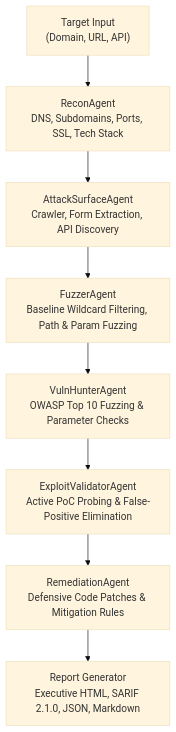
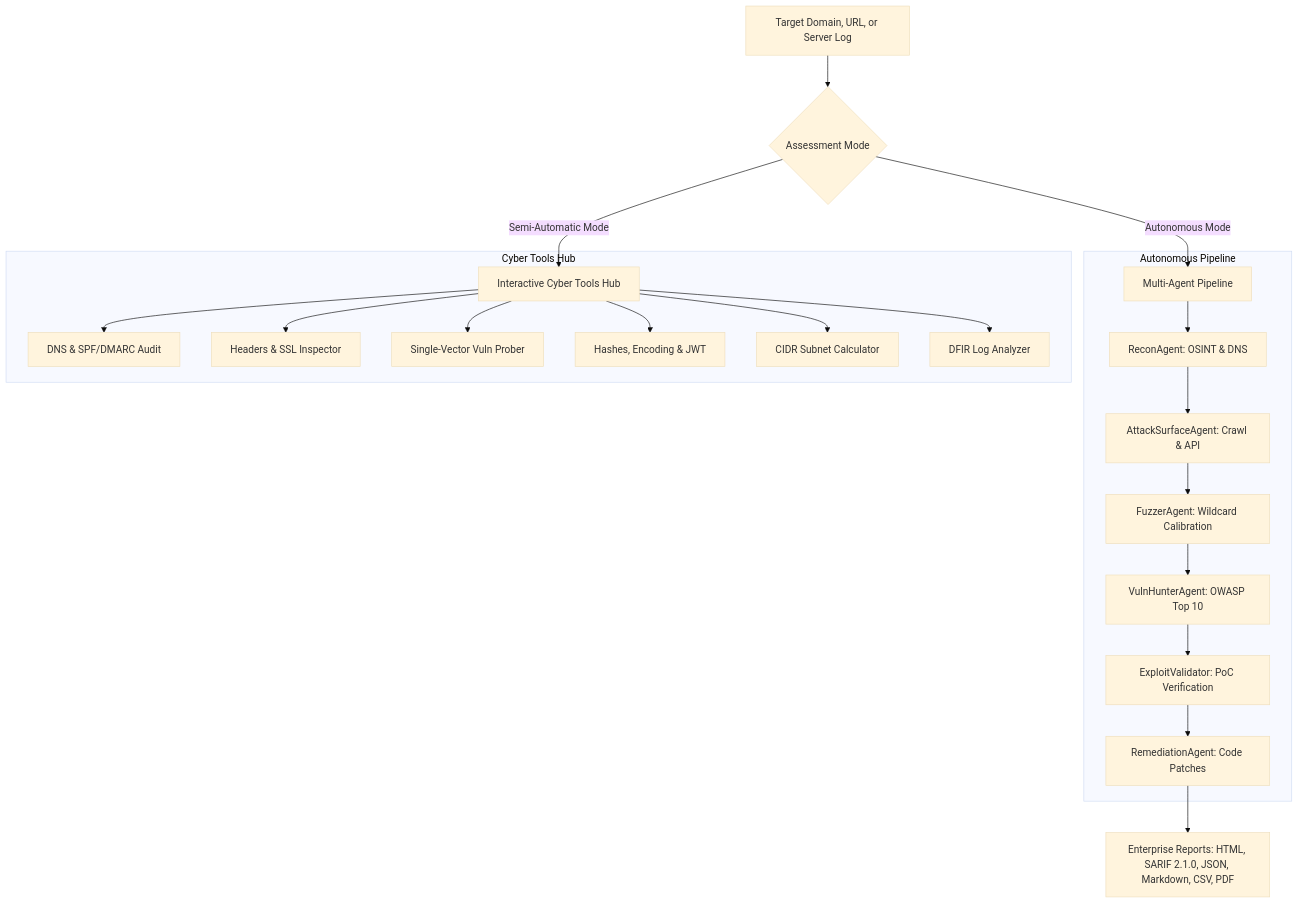
One commit to 545e/SWA changed the diagram in README.md. Above: the diagram before and after it, drawn with Mermaid (base theme). The commit also changed other lines of this file and 17 other files, not shown here.

Commit message:
feat(cyber-suite): add semi-automatic cyber tools hub, fix execution bottlenecks, add installers and update docs

````diff
--- a/README.md
+++ b/README.md
@@ -46,10 +59,26 @@
 ```mermaid
 flowchart TD
-    A["Target Input\n(Domain, URL, API)"] --> B["ReconAgent\nDNS, Subdomains, Ports, SSL, Tech Stack"]
-    B --> C["AttackSurfaceAgent\nCrawler, Form Extraction, API Discovery"]
-    C --> D["FuzzerAgent\nBaseline Wildcard Filtering, Path & Param Fuzzing"]
-    D --> E["VulnHunterAgent\nOWASP Top 10 Fuzzing & Parameter Checks"]
-    E --> F["ExploitValidatorAgent\nActive PoC Probing & False-Positive Elimination"]
-    F --> G["RemediationAgent\nDefensive Code Patches & Mitigation Rules"]
-    G --> H["Report Generator\nExecutive HTML, SARIF 2.1.0, JSON, Markdown"]
+    A["Target Domain, URL, or Server Log"] --> B{"Assessment Mode"}
+    B -->|"Autonomous Mode"| C["Multi-Agent Pipeline"]
+    B -->|"Semi-Automatic Mode"| D["Interactive Cyber Tools Hub"]
+    
+    subgraph "Autonomous Pipeline"
+        C --> R1["ReconAgent: OSINT & DNS"]
+        R1 --> R2["AttackSurfaceAgent: Crawl & API"]
+        R2 --> R3["FuzzerAgent: Wildcard Calibration"]
+        R3 --> R4["VulnHunterAgent: OWASP Top 10"]
+        R4 --> R5["ExploitValidator: PoC Verification"]
+        R5 --> R6["RemediationAgent: Code Patches"]
+    end
+    
+    subgraph "Cyber Tools Hub"
+        D --> T1["DNS & SPF/DMARC Audit"]
+        D --> T2["Headers & SSL Inspector"]
+        D --> T3["Single-Vector Vuln Prober"]
+        D --> T4["Hashes, Encoding & JWT"]
+        D --> T5["CIDR Subnet Calculator"]
+        D --> T6["DFIR Log Analyzer"]
+    end
+
+    R6 --> REP["Enterprise Reports: HTML, SARIF 2.1.0, JSON, Markdown, CSV, PDF"]
 ```
````
